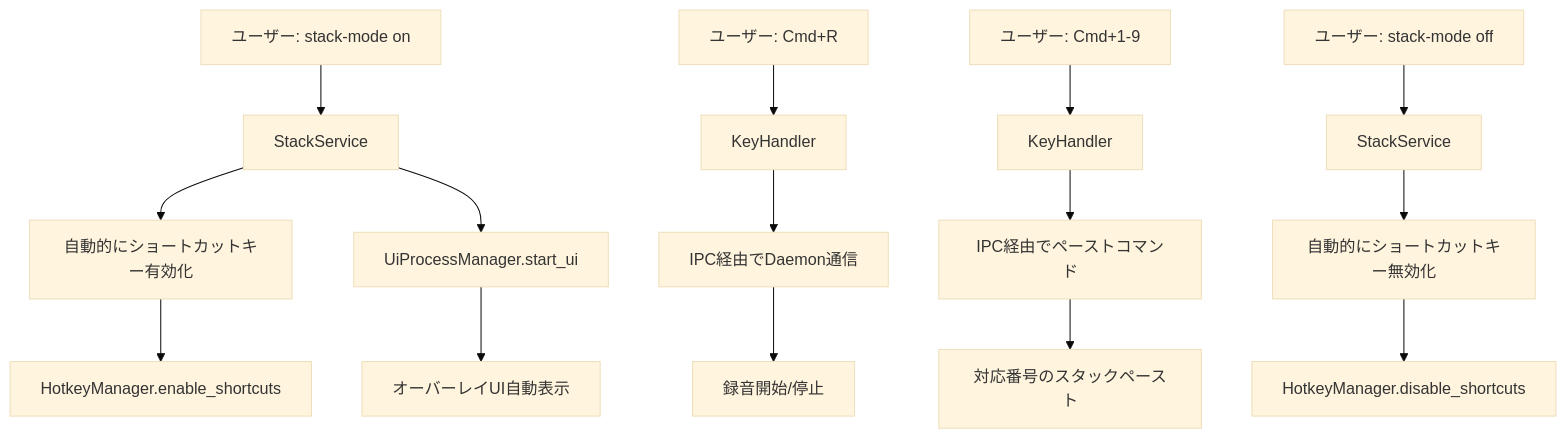
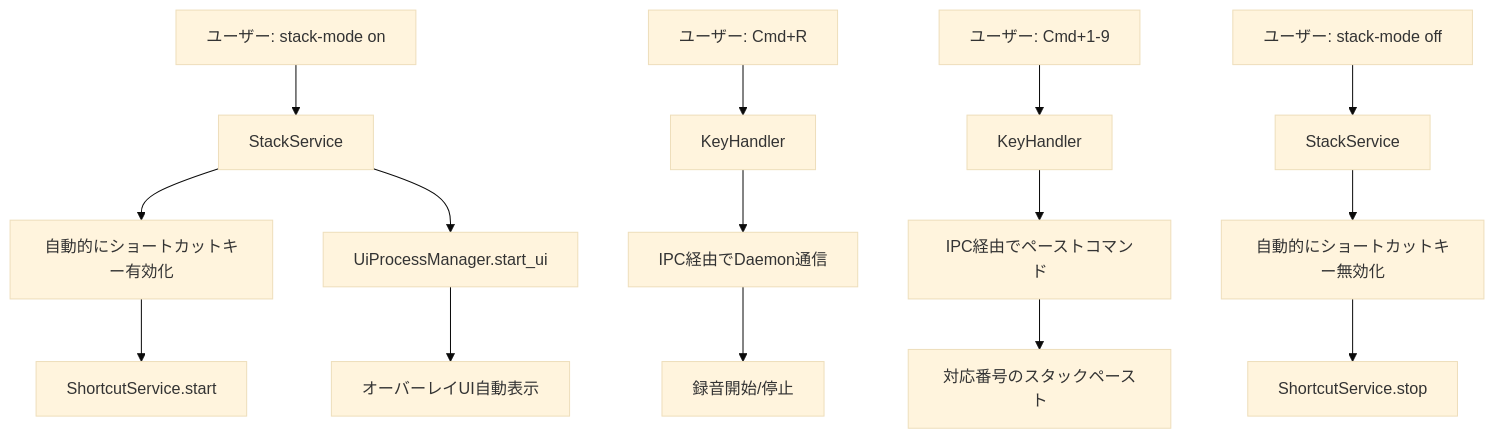
One commit to kazuhideoki/voice_input changed the diagram in dev-docs/shortcut_mode/overview.md. Above: the diagram before and after it, drawn with Mermaid (base theme). The commit also changed 2 other files, not shown here.

Commit message:
p1完了

````diff
--- a/dev-docs/shortcut_mode/overview.md
+++ b/dev-docs/shortcut_mode/overview.md
@@ -60,20 +60,20 @@
 ```mermaid
 graph TD
     A[ユーザー: stack-mode on] --> B[StackService]
     B --> C[自動的にショートカットキー有効化]
-    C --> D[HotkeyManager.enable_shortcuts]
+    C --> D[ShortcutService.start]
     B --> E[UiProcessManager.start_ui]
     E --> F[オーバーレイUI自動表示]
 
     G[ユーザー: Cmd+R] --> H[KeyHandler]
     H --> I[IPC経由でDaemon通信]
     I --> J[録音開始/停止]
 
     K[ユーザー: Cmd+1-9] --> L[KeyHandler]
     L --> M[IPC経由でペーストコマンド]
     M --> N[対応番号のスタックペースト]
 
     O[ユーザー: stack-mode off] --> P[StackService]
     P --> Q[自動的にショートカットキー無効化]
-    Q --> R[HotkeyManager.disable_shortcuts]
+    Q --> R[ShortcutService.stop]
 ```
````
